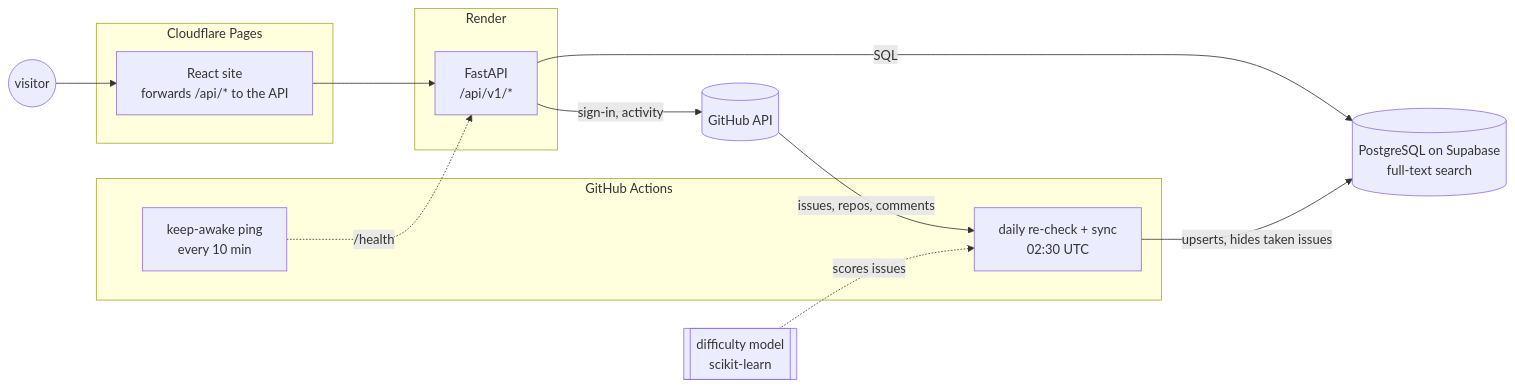
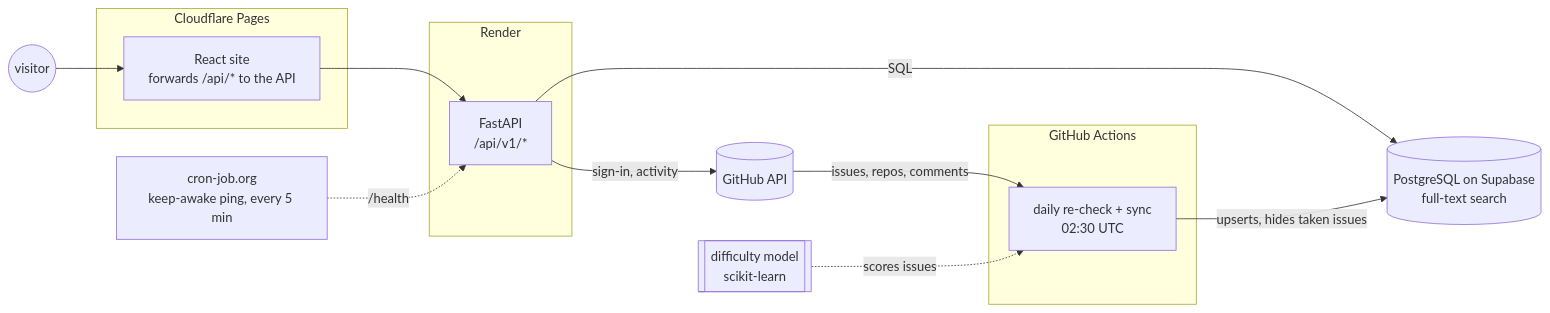
One commit to Shadab-4123/FirstPR changed the diagram in README.md. Above: the diagram before and after it, drawn with Mermaid. The commit also changed 2 other files, not shown here.

Commit message:
Retry the API while it wakes up and drop the unreliable keep-awake workflow

````diff
--- a/README.md
+++ b/README.md
@@ -31,25 +31,25 @@
 ```mermaid
 flowchart LR
     USER((visitor))
     subgraph CF["Cloudflare Pages"]
         WEB["React site<br/>forwards /api/* to the API"]
     end
     subgraph Render
         API["FastAPI<br/>/api/v1/*"]
     end
     DB[(PostgreSQL on Supabase<br/>full-text search)]
     subgraph Actions["GitHub Actions"]
         JOBS["daily re-check + sync<br/>02:30 UTC"]
-        PING["keep-awake ping<br/>every 10 min"]
     end
+    PING["cron-job.org<br/>keep-awake ping, every 5 min"]
     GH[(GitHub API)]
     MODEL[[difficulty model<br/>scikit-learn]]
 
     USER --> WEB --> API
     API -- SQL --> DB
     API -- sign-in, activity --> GH
     GH -- issues, repos, comments --> JOBS
     MODEL -. scores issues .-> JOBS
     JOBS -- upserts, hides taken issues --> DB
     PING -. /health .-> API
 ```
````
